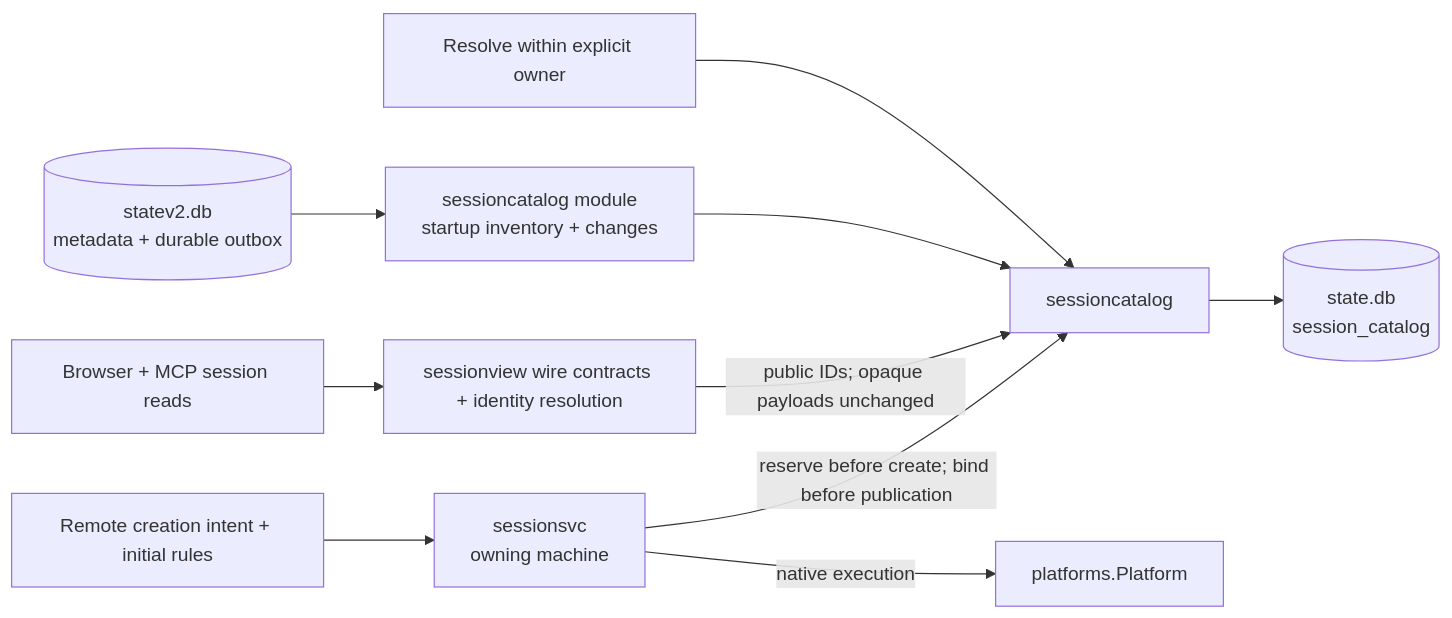
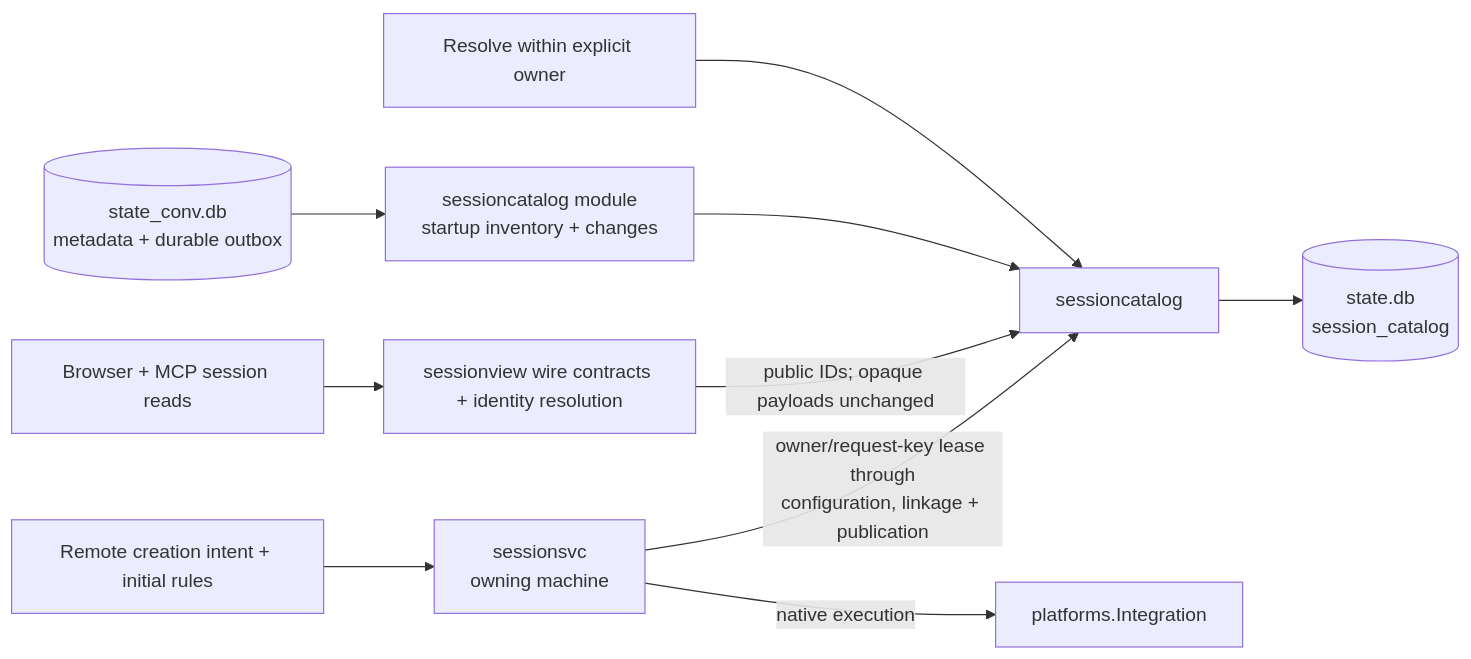
The fifth of 13 diagrams in docs/other/architecture.md (ocman/ocman), drawn with Mermaid before and after one commit. The commit also changed other lines of this file and 750 other files, not shown here.

````diff
--- a/docs/other/architecture.md
+++ b/docs/other/architecture.md
@@ -475,12 +531,12 @@
 ```mermaid
 flowchart LR
     Remote[Remote creation intent + initial rules] --> Sessions[sessionsvc<br/>owning machine]
-    Sessions -->|reserve before create; bind before publication| Catalogue[sessioncatalog]
-    Sessions -->|native execution| Platform[platforms.Platform]
+    Sessions -->|owner/request-key lease through<br/>configuration, linkage + publication| Catalogue[sessioncatalog]
+    Sessions -->|native execution| Platform[platforms.Integration]
     Browser[Browser + MCP session reads] --> View[sessionview wire contracts + identity resolution]
     View -->|public IDs; opaque payloads unchanged| Catalogue
-    History[(statev2.db<br/>metadata + durable outbox)] --> Indexer[sessioncatalog module<br/>startup inventory + changes]
+    History[(state_conv.db<br/>metadata + durable outbox)] --> Indexer[sessioncatalog module<br/>startup inventory + changes]
     Indexer --> Catalogue
     Catalogue --> State[(state.db<br/>session_catalog)]
     Resolve[Resolve within explicit owner] --> Catalogue
 ```
````
